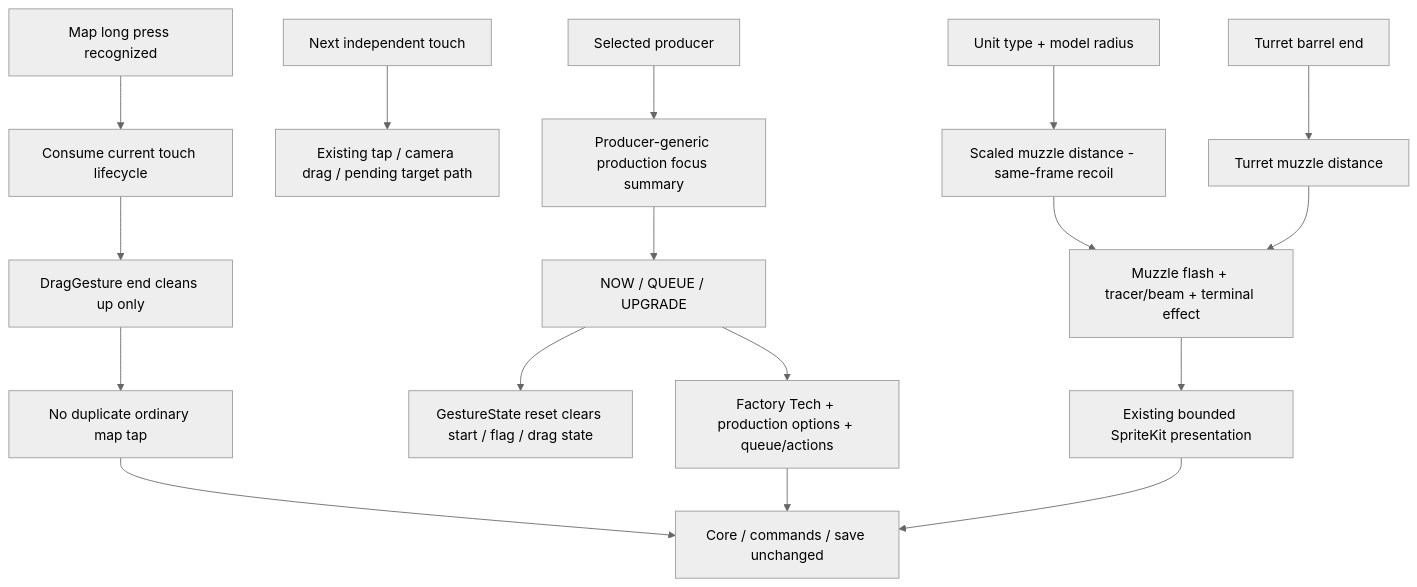
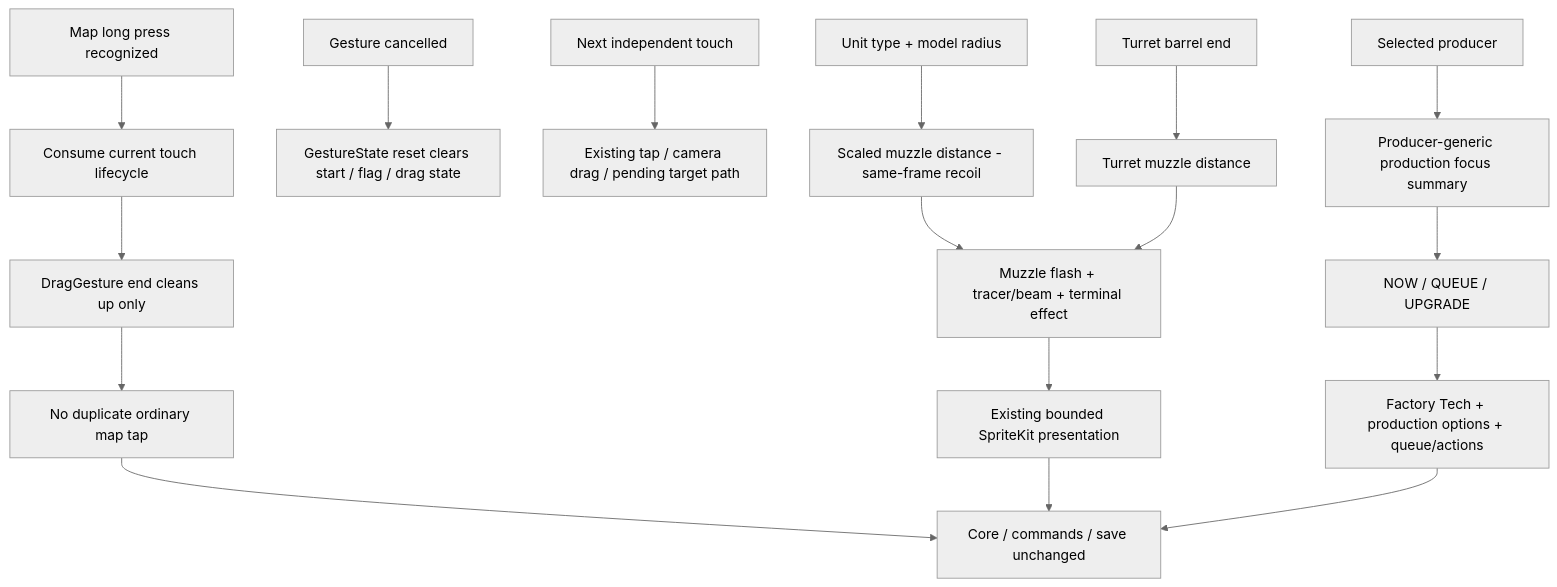
One commit to Altman-sam114/120 changed diagram 60 of 60 in md/flow/flowchart.md. Above: the diagram before and after it, drawn with Mermaid (neutral theme). The commit also changed 7 other files, not shown here.

````diff
--- a/md/flow/flowchart.md
+++ b/md/flow/flowchart.md
@@ -1100,19 +1100,19 @@
 ```mermaid
 flowchart TD
   L[Map long press recognized] --> Q[Consume current touch lifecycle]
   Q --> E[DragGesture end cleans up only]
-  C[Gesture cancelled] --> R[GestureState reset clears start / flag / drag state]
+  GC[Gesture cancelled] --> R[GestureState reset clears start / flag / drag state]
   E --> N[No duplicate ordinary map tap]
   T[Next independent touch] --> P[Existing tap / camera drag / pending target path]
   U[Unit type + model radius] --> UM[Scaled muzzle distance - same-frame recoil]
   B[Turret barrel end] --> TM[Turret muzzle distance]
   UM --> F[Muzzle flash + tracer/beam + terminal effect]
   TM --> F
   F --> S[Existing bounded SpriteKit presentation]
   G[Selected producer] --> H[Producer-generic production focus summary]
-  H --> C[NOW / QUEUE / UPGRADE]
-  C --> D[Factory Tech + production options + queue/actions]
+  H --> PS[NOW / QUEUE / UPGRADE]
+  PS --> D[Factory Tech + production options + queue/actions]
   N --> K[Core / commands / save unchanged]
   S --> K
   D --> K
 ```
````
